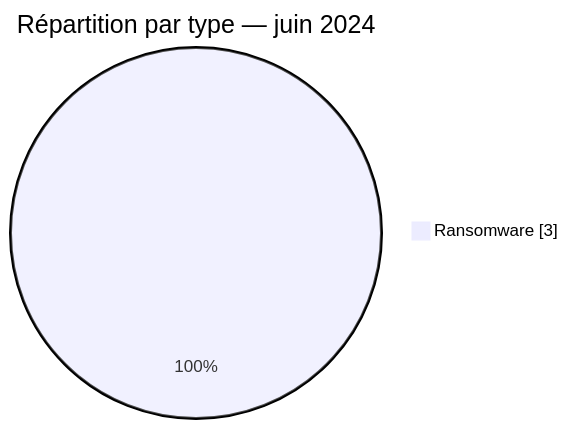
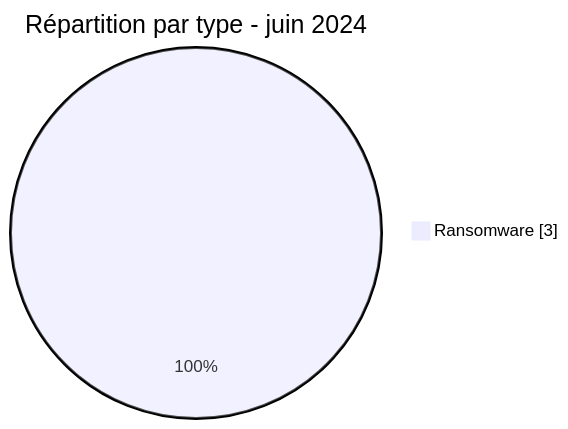
The second of 2 diagrams in CyberAttackAfrica/2024/06-june/README_FR.md (Hatchepsoute/AFRINTEL), drawn with Mermaid before and after one commit. The commit also changed other lines of this file and 182 other files, not shown here.

````diff
--- a/CyberAttackAfrica/2024/06-june/README_FR.md
+++ b/CyberAttackAfrica/2024/06-june/README_FR.md
@@ -48,5 +48,5 @@
 ```mermaid
 pie showData
-    title Répartition par type — juin 2024
+    title Répartition par type - juin 2024
     "Ransomware" : 3
 ```
````
